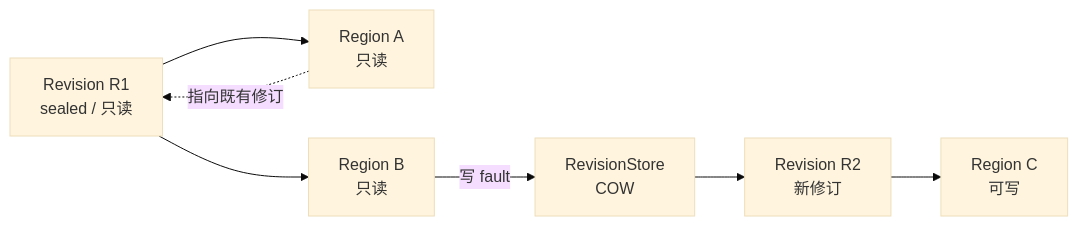
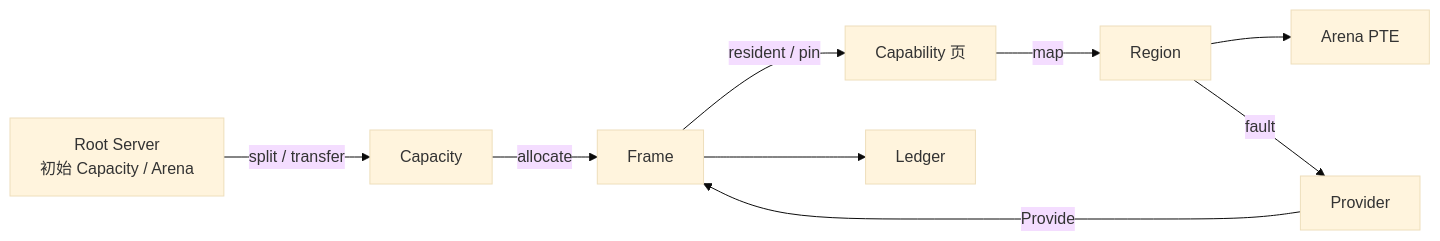
One commit to hongweifei/HolyKernel changed the third of 3 diagrams in docs/hmp.md. Above: the diagram before and after it, drawn with Mermaid (base theme). The commit also changed other lines of this file and 35 other files, not shown here.

````diff
--- a/docs/hmp.md
+++ b/docs/hmp.md
@@ -358,11 +313,11 @@
 ```mermaid
 flowchart LR
-  R1["Revision R1<br/>sealed / 只读"] --> V1["Region A<br/>只读"]
-  R1 --> V2["Region B<br/>只读"]
-
-  V2 -->|写 fault| COW["RevisionStore<br/>COW"]
-  COW --> R2["Revision R2<br/>新修订"]
-  R2 --> V3["Region C<br/>可写"]
-
-  V1 -.->|指向既有修订| R1
+    ROOT["Root Server<br/>初始 Capacity / Arena"] -->|split / transfer| CAP["Capacity"]
+    CAP -->|allocate| FRAME["Frame"]
+    FRAME -->|resident / pin| CAPOBJ["Capability 页"]
+    CAPOBJ -->|map| REGION["Region"]
+    REGION --> PTE["Arena PTE"]
+    REGION -->|fault| PROV["Provider"]
+    PROV -->|Provide| FRAME
+    FRAME --> LEDGER["Ledger"]
 ```
````
